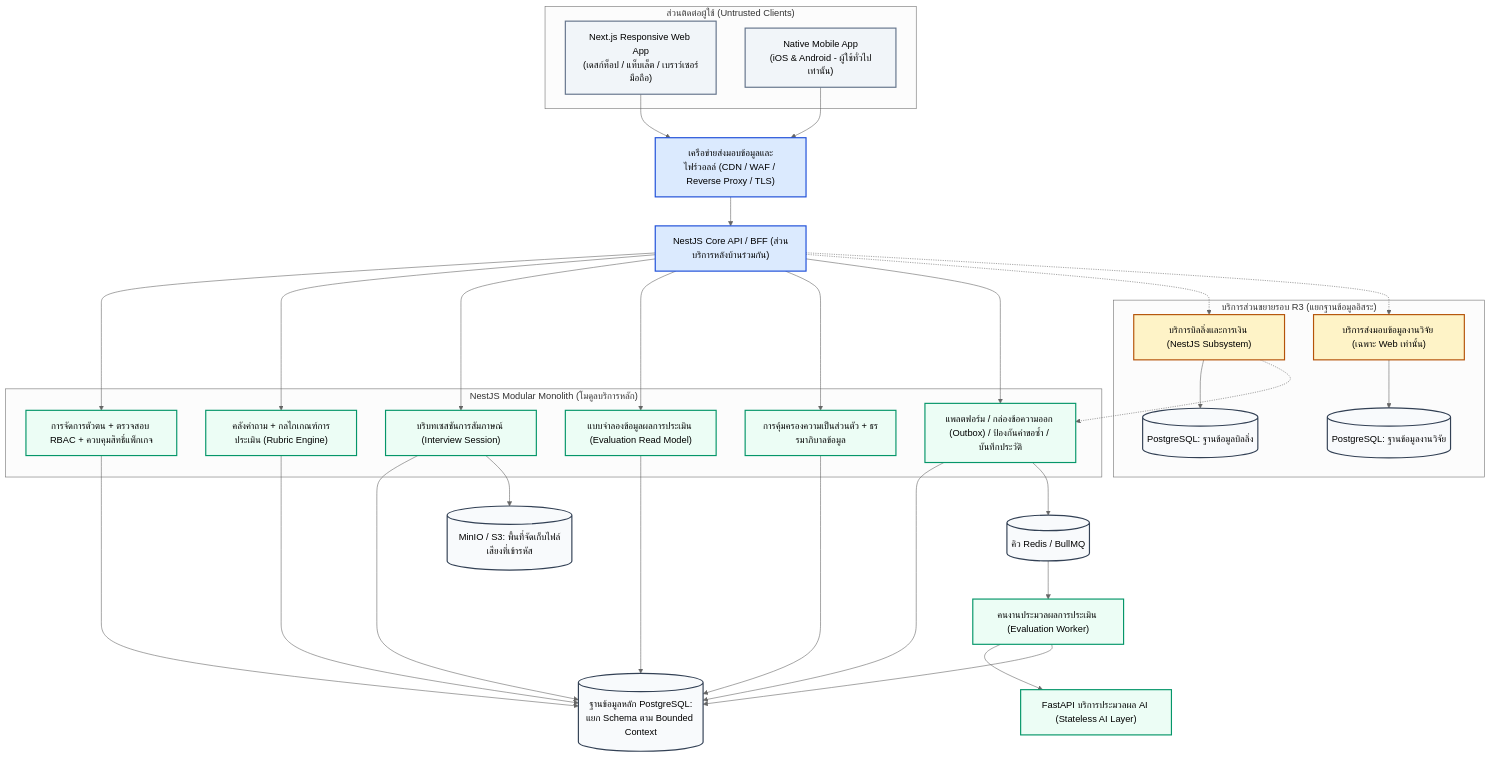
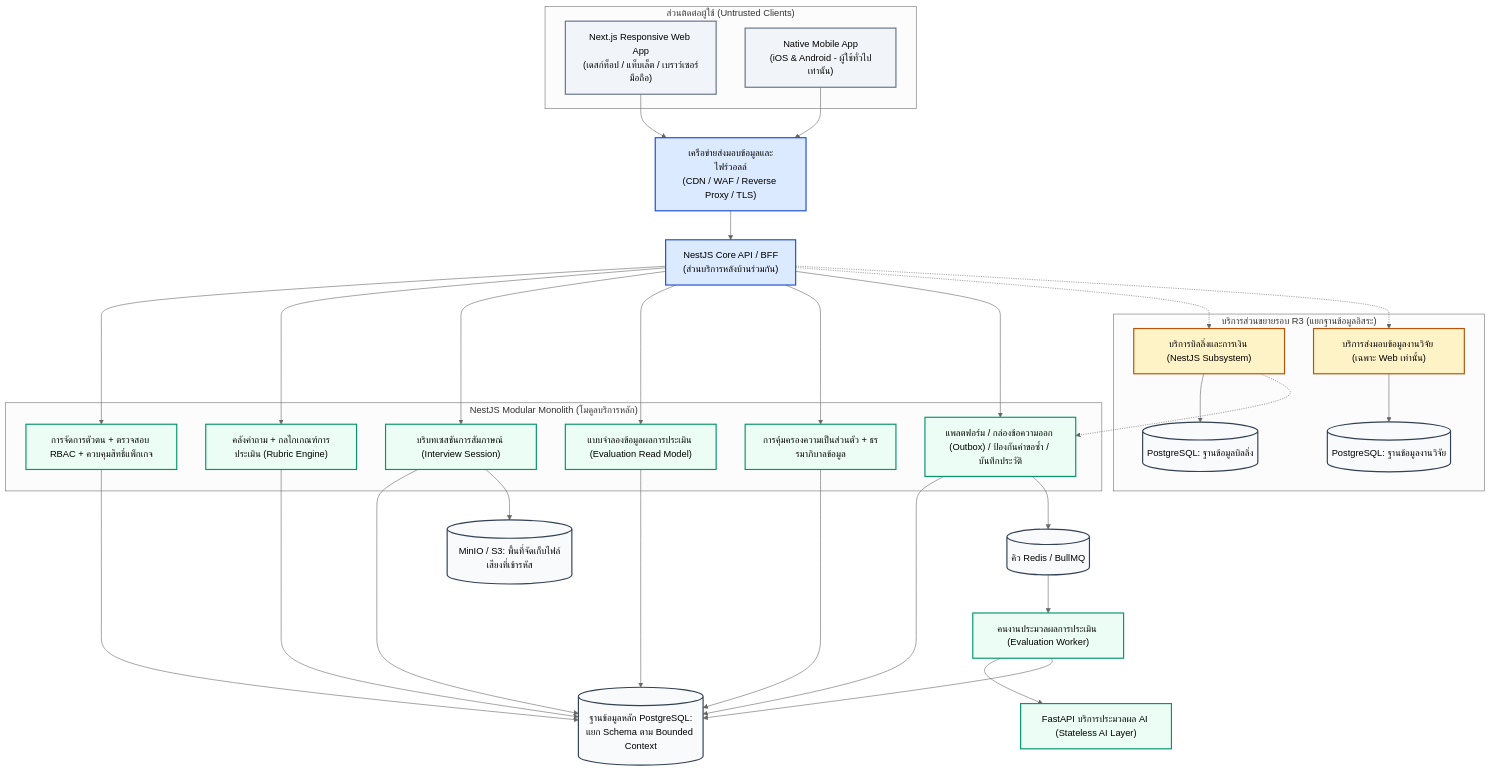
Before and after one commit to Phoomss/interviewx-datahub: diagram 19 of 26 in docs-interviex/03_SRS_Requirements/InterviewX_SRS_Report_Revised_TH.md, drawn with Mermaid (neutral theme). The commit also changed other lines of this file and 1 other file, not shown here.

Commit message:
Update architecture diagrams and mermaid syntax in documentation

````diff
--- a/docs-interviex/03_SRS_Requirements/InterviewX_SRS_Report_Revised_TH.md
+++ b/docs-interviex/03_SRS_Requirements/InterviewX_SRS_Report_Revised_TH.md
@@ -2000,56 +2000,69 @@
 ```mermaid
 flowchart TB
   subgraph Clients["ส่วนติดต่อผู้ใช้ (Untrusted Clients)"]
-    Browser["Next.js Responsive Web App\n(เดสก์ท็อป / แท็บเล็ต / เบราว์เซอร์มือถือ)"]
-    Mobile["Native Mobile App\n(iOS & Android - ผู้ใช้ทั่วไปเท่านั้น)"]
+    Browser["Next.js Responsive Web App<br/>(เดสก์ท็อป / แท็บเล็ต / เบราว์เซอร์มือถือ)"]
+    Mobile["Native Mobile App<br/>(iOS & Android - ผู้ใช้ทั่วไปเท่านั้น)"]
   end
 
-  Edge["เครือข่ายส่งมอบข้อมูลและไฟร์วอลล์ (CDN / WAF / Reverse Proxy / TLS)"]
+  Edge["เครือข่ายส่งมอบข้อมูลและไฟร์วอลล์<br/>(CDN / WAF / Reverse Proxy / TLS)"]
   Browser --> Edge
   Mobile --> Edge
 
-  Edge --> API["NestJS Core API / BFF (ส่วนบริการหลังบ้านร่วมกัน)"]
+  Edge --> API["NestJS Core API / BFF<br/>(ส่วนบริการหลังบ้านร่วมกัน)"]
 
   subgraph Core["NestJS Modular Monolith (โมดูลบริการหลัก)"]
     ID["การจัดการตัวตน + ตรวจสอบ RBAC + ควบคุมสิทธิ์แพ็กเกจ"]
     Content["คลังคำถาม + กลไกเกณฑ์การประเมิน (Rubric Engine)"]
     Interview["บริบทเซสชันการสัมภาษณ์ (Interview Session)"]
     Eval["แบบจำลองข้อมูลผลการประเมิน (Evaluation Read Model)"]
     Privacy["การคุ้มครองความเป็นส่วนตัว + ธรรมาภิบาลข้อมูล"]
     PlatformModule["แพลตฟอร์ม / กล่องข้อความออก (Outbox) / ป้องกันคำขอซ้ำ / บันทึกประวัติ"]
   end
 
-  API --> ID & Content & Interview & Eval & Privacy & PlatformModule
-  ID & Content & Interview & Eval & Privacy & PlatformModule --> PG[("ฐานข้อมูลหลัก PostgreSQL:\nแยก Schema ตาม Bounded Context")]
+  API --> ID
+  API --> Content
+  API --> Interview
+  API --> Eval
+  API --> Privacy
+  API --> PlatformModule
+
+  ID --> PG
+  Content --> PG
+  Interview --> PG
+  Eval --> PG
+  Privacy --> PG
+  PlatformModule --> PG
+  
+  PG[("ฐานข้อมูลหลัก PostgreSQL:<br/>แยก Schema ตาม Bounded Context")]
   
   PlatformModule --> Redis[("คิว Redis / BullMQ")]
   Redis --> Worker["คนงานประมวลผลการประเมิน (Evaluation Worker)"]
   Worker --> AI["FastAPI บริการประมวลผล AI (Stateless AI Layer)"]
   Worker --> PG
   Interview --> MinIO[("MinIO / S3: พื้นที่จัดเก็บไฟล์เสียงที่เข้ารหัส")]
 
   subgraph R3Services["บริการส่วนขยายรอบ R3 (แยกฐานข้อมูลอิสระ)"]
     BillingSvc["บริการบิลลิ่งและการเงิน (NestJS Subsystem)"]
     ResearchSvc["บริการส่งมอบข้อมูลงานวิจัย (เฉพาะ Web เท่านั้น)"]
     BillingDB[("PostgreSQL: ฐานข้อมูลบิลลิ่ง")]
     ResearchDB[("PostgreSQL: ฐานข้อมูลงานวิจัย")]
   end
 
   API -.-> BillingSvc
   API -.-> ResearchSvc
   BillingSvc --> BillingDB
   ResearchSvc --> ResearchDB
   BillingSvc -.-> PlatformModule
 
-  classDef client fill:#f1f5f9,stroke:#64748b,stroke-width:2px;
-  classDef edge fill:#dbeafe,stroke:#1d4ed8,stroke-width:2px;
-  classDef core fill:#ecfdf5,stroke:#059669,stroke-width:2px;
-  classDef data fill:#f8fafc,stroke:#334155,stroke-width:2px;
-  classDef r3 fill:#fef3c7,stroke:#b45309,stroke-width:2px;
+  classDef client fill:#f1f5f9,stroke:#64748b,stroke-width:2px
+  classDef edge fill:#dbeafe,stroke:#1d4ed8,stroke-width:2px
+  classDef core fill:#ecfdf5,stroke:#059669,stroke-width:2px
+  classDef data fill:#f8fafc,stroke:#334155,stroke-width:2px
+  classDef r3 fill:#fef3c7,stroke:#b45309,stroke-width:2px
 
-  class Browser,Mobile client;
-  class Edge,API edge;
-  class ID,Content,Interview,Eval,Privacy,PlatformModule,Worker,AI core;
-  class PG,Redis,MinIO,BillingDB,ResearchDB data;
-  class BillingSvc,ResearchSvc r3;
+  class Browser,Mobile client
+  class Edge,API edge
+  class ID,Content,Interview,Eval,Privacy,PlatformModule,Worker,AI core
+  class PG,Redis,MinIO,BillingDB,ResearchDB data
+  class BillingSvc,ResearchSvc r3
 ```
````
